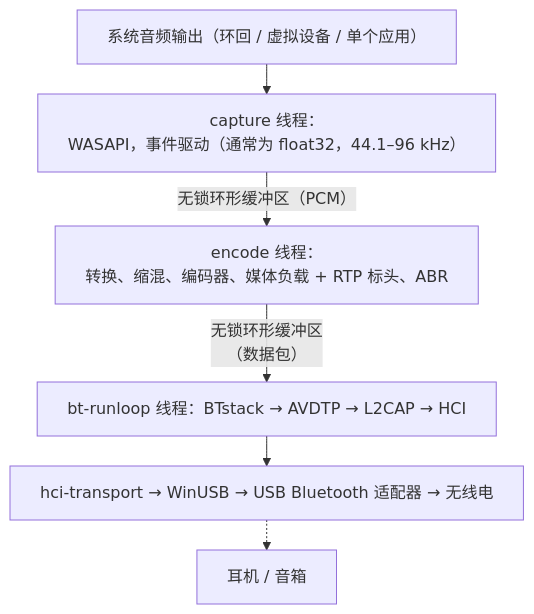
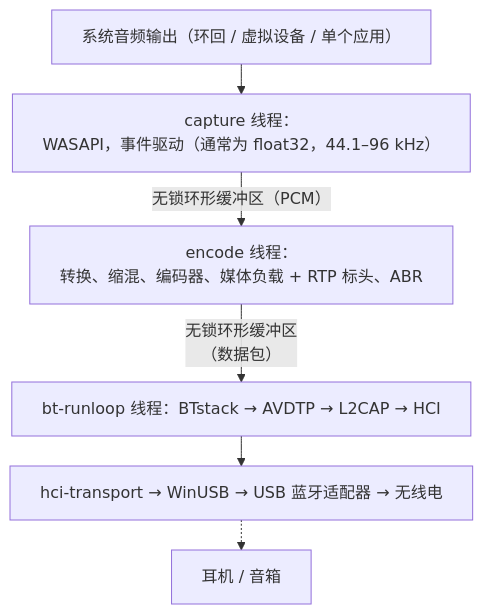
The third of 5 diagrams in docs/zh-CN/architecture.md (RxMaxx/A2DP-Windows-Bridge), drawn with Mermaid before and after one commit. The commit also changed other lines of this file and 105 other files, not shown here.

````diff
--- a/docs/zh-CN/architecture.md
+++ b/docs/zh-CN/architecture.md
@@ -136,15 +136,15 @@
 ```mermaid
 ---
 config:
   flowchart:
     wrappingWidth: 480
     rankSpacing: 30
 ---
 flowchart TD
     out["系统音频输出（环回 / 虚拟设备 / 单个应用）"]
     out --> cap["capture 线程：<br>WASAPI，事件驱动（通常为 float32，44.1–96 kHz）"]
     cap -->|"无锁环形缓冲区（PCM）"| enc["encode 线程：<br>转换、缩混、编码器、媒体负载 + RTP 标头、ABR"]
     enc -->|"无锁环形缓冲区<br>（数据包）"| stack["bt-runloop 线程：BTstack → AVDTP → L2CAP → HCI"]
-    stack --> usb["hci-transport → WinUSB → USB Bluetooth 适配器 → 无线电"]
+    stack --> usb["hci-transport → WinUSB → USB 蓝牙适配器 → 无线电"]
     usb -.-> hp["耳机 / 音箱"]
 ```
````
